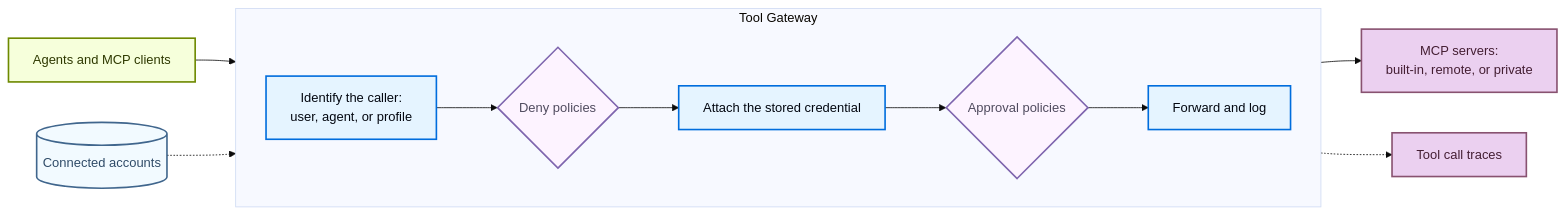
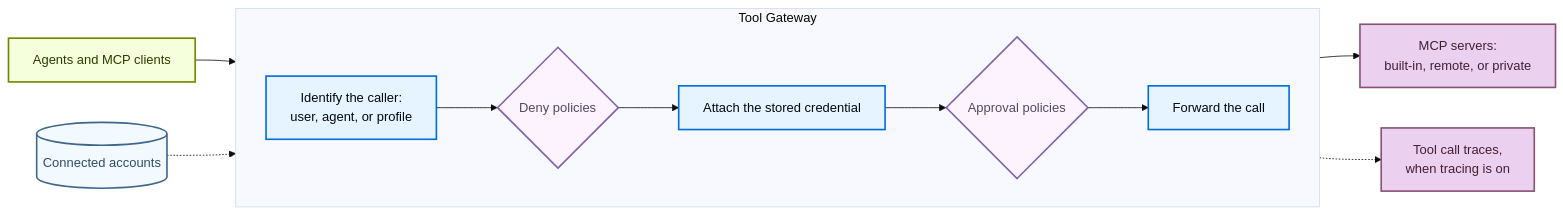
One commit to langchain-ai/docs changed the diagram in src/langsmith/tool-gateway.mdx. Above: the diagram before and after it, drawn with Mermaid (base theme). The commit also changed other lines of this file and 1 other file, not shown here.

Commit message:
clarify tracing is opt-in

````diff
--- a/src/langsmith/tool-gateway.mdx
+++ b/src/langsmith/tool-gateway.mdx
@@ -34,28 +34,28 @@
 ```mermaid
 flowchart LR
     A[Agents and MCP clients] --> I
 
     subgraph TG[Tool Gateway]
         direction LR
         I[Identify the caller:<br/>user, agent, or profile] --> P{Deny policies}
         P --> T[Attach the stored credential]
         T --> R{Approval policies}
-        R --> F[Forward and log]
+        R --> F[Forward the call]
     end
 
     C[(Connected accounts)] -.-> T
     F --> S[MCP servers:<br/>built-in, remote, or private]
-    F -.-> L[Tool call traces]
+    F -.-> L[Tool call traces,<br/>when tracing is on]
 
     classDef process fill:#E5F4FF,stroke:#006DDD,stroke-width:2px,color:#030710
     classDef trigger fill:#F6FFDB,stroke:#6E8900,stroke-width:2px,color:#2E3900
     classDef decision fill:#FDF3FF,stroke:#7E65AE,stroke-width:2px,color:#504B5F
     classDef output fill:#EBD0F0,stroke:#885270,stroke-width:2px,color:#441E33
     classDef neutral fill:#F2FAFF,stroke:#40668D,stroke-width:2px,color:#2F4B68
 
     class A trigger
     class I,T,F process
     class P,R decision
     class S,L output
     class C neutral
 ```
````
